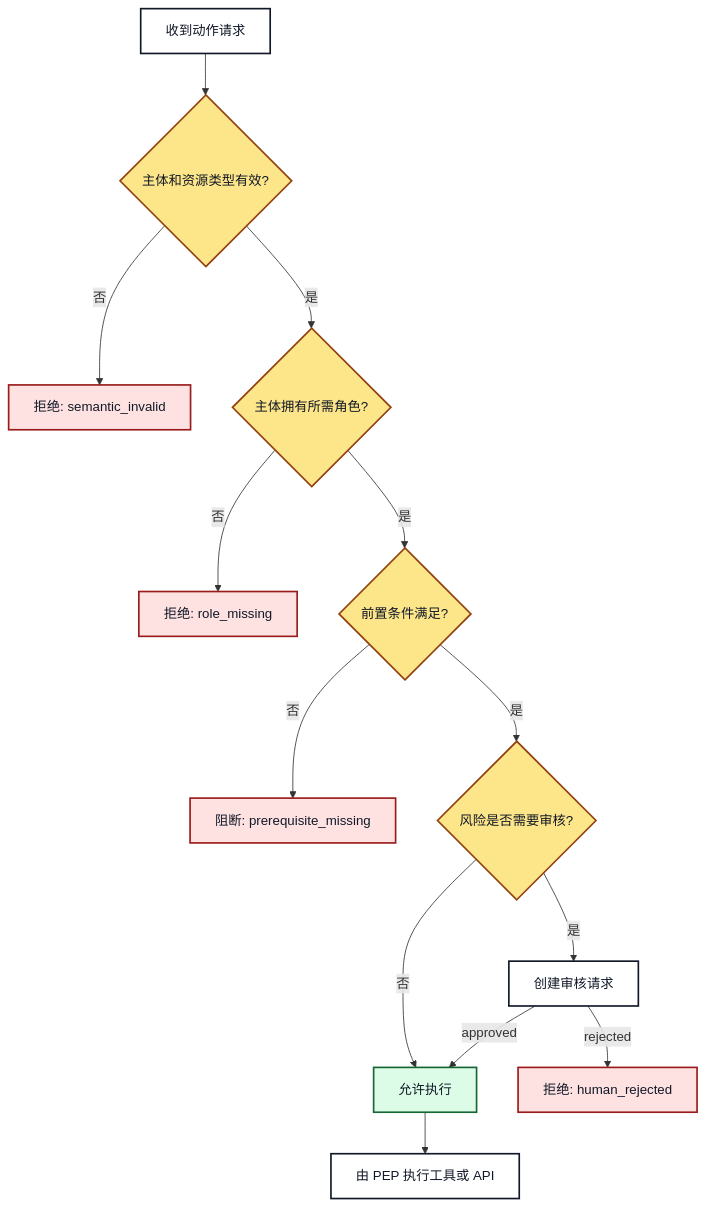
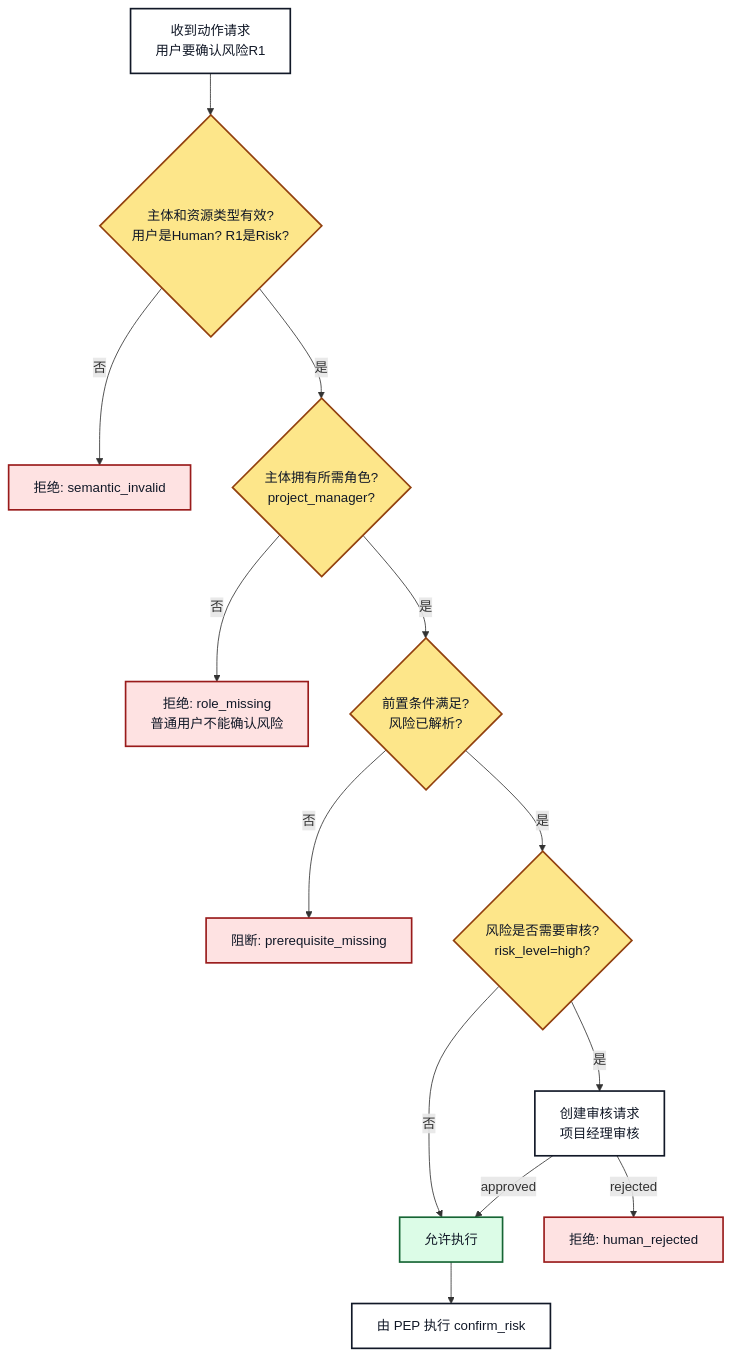
One commit to sealzrt/2026-08--agent changed the third of 4 diagrams in 本体论-agent/05-Agent集成/16.本体论与权限安全边界和异常处理.md. Above: the diagram before and after it, drawn with Mermaid. The commit also changed other lines of this file and 62 other files, not shown here.

````diff
--- a/本体论-agent/05-Agent集成/16.本体论与权限安全边界和异常处理.md
+++ b/本体论-agent/05-Agent集成/16.本体论与权限安全边界和异常处理.md
@@ -41,24 +88,24 @@
 ```mermaid
 flowchart TD
-    R[收到动作请求] --> T{主体和资源类型有效?}
+    R[收到动作请求<br/>用户要确认风险R1] --> T{主体和资源类型有效?<br/>用户是Human? R1是Risk?}
     T -->|否| E1[拒绝: semantic_invalid]
-    T -->|是| P{主体拥有所需角色?}
-    P -->|否| E2[拒绝: role_missing]
-    P -->|是| C{前置条件满足?}
+    T -->|是| P{主体拥有所需角色?<br/>project_manager?}
+    P -->|否| E2[拒绝: role_missing<br/>普通用户不能确认风险]
+    P -->|是| C{前置条件满足?<br/>风险已解析?}
     C -->|否| E3[阻断: prerequisite_missing]
-    C -->|是| H{风险是否需要审核?}
-    H -->|是| A[创建审核请求]
+    C -->|是| H{风险是否需要审核?<br/>risk_level=high?}
+    H -->|是| A[创建审核请求<br/>项目经理审核]
     H -->|否| D[允许执行]
     A -->|approved| D
     A -->|rejected| E4[拒绝: human_rejected]
-    D --> X[由 PEP 执行工具或 API]
+    D --> X[由 PEP 执行 confirm_risk]
 
     classDef check fill:#FFFFFF,stroke:#111827,color:#111827,stroke-width:2px;
     classDef decision fill:#FDE68A,stroke:#92400E,color:#111827,stroke-width:2px;
     classDef deny fill:#FEE2E2,stroke:#991B1B,color:#111827,stroke-width:2px;
     classDef allow fill:#DCFCE7,stroke:#166534,color:#111827,stroke-width:2px;
     class R,A,X check;
     class T,P,C,H decision;
     class E1,E2,E3,E4 deny;
     class D allow;
 ```
````
